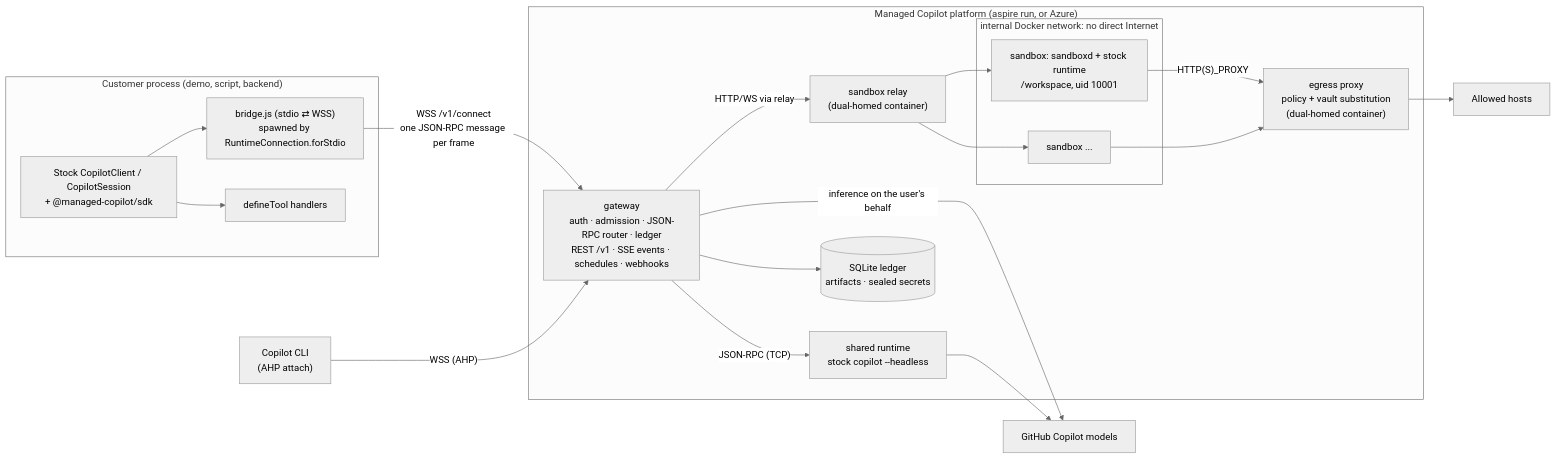
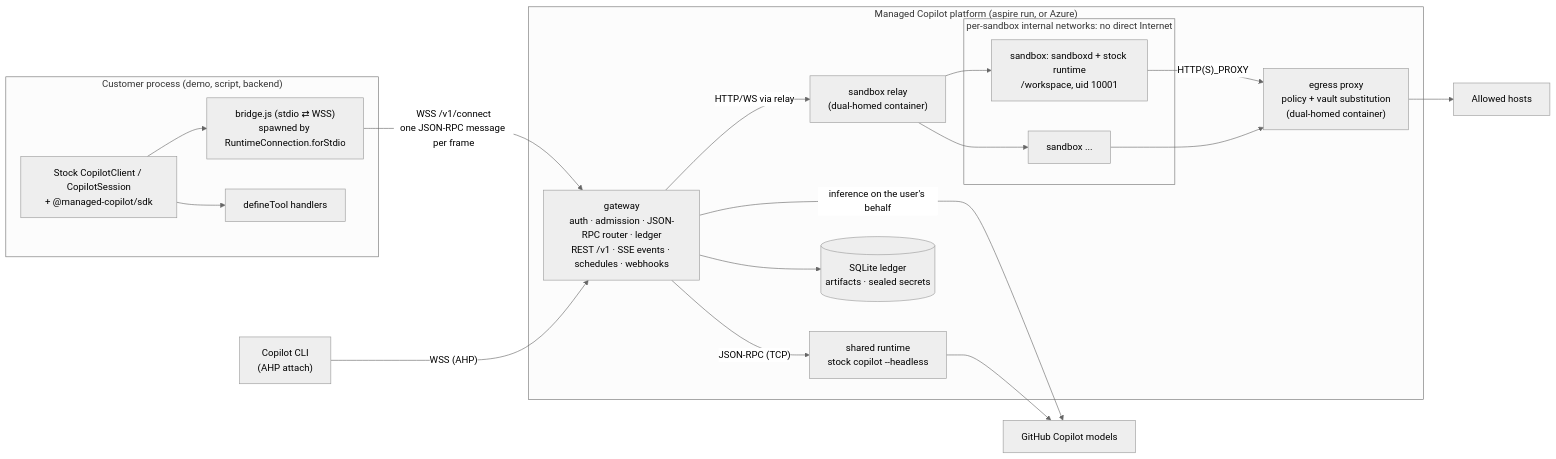
Before and after one commit to patniko/managed-copilot-sdk: the diagram in docs/architecture.md, drawn with Mermaid (neutral theme). The commit also changed other lines of this file and 9 other files, not shown here.

````diff
--- a/docs/architecture.md
+++ b/docs/architecture.md
@@ -9,33 +9,33 @@
 ```mermaid
 flowchart LR
   subgraph App["Customer process (demo, script, backend)"]
     SDK["Stock CopilotClient / CopilotSession<br/>+ @managed-copilot/sdk"]
     Bridge["bridge.js (stdio ⇄ WSS)<br/>spawned by RuntimeConnection.forStdio"]
     Tools["defineTool handlers"]
   end
   CLI["Copilot CLI<br/>(AHP attach)"]
   subgraph Platform["Managed Copilot platform (aspire run, or Azure)"]
     GW["gateway<br/>auth · admission · JSON-RPC router · ledger<br/>REST /v1 · SSE events · schedules · webhooks"]
     SR["shared runtime<br/>stock copilot --headless"]
     Relay["sandbox relay<br/>(dual-homed container)"]
     Egress["egress proxy<br/>policy + vault substitution<br/>(dual-homed container)"]
-    subgraph Net["internal Docker network: no direct Internet"]
+    subgraph Net["per-sandbox internal networks: no direct Internet"]
       S1["sandbox: sandboxd + stock runtime<br/>/workspace, uid 10001"]
       S2["sandbox ..."]
     end
     Store[("SQLite ledger<br/>artifacts · sealed secrets")]
   end
   Models["GitHub Copilot models"]
   SDK --> Bridge -- "WSS /v1/connect<br/>one JSON-RPC message per frame" --> GW
   SDK --> Tools
   CLI -- "WSS (AHP)" --> GW
   GW -- "JSON-RPC (TCP)" --> SR
   GW -- "HTTP/WS via relay" --> Relay --> S1
   Relay --> S2
   S1 -- "HTTP(S)_PROXY" --> Egress
   S2 --> Egress
   Egress --> Internet["Allowed hosts"]
   GW --> Store
   GW -- "inference on the user's behalf" --> Models
   SR --> Models
 ```
````
